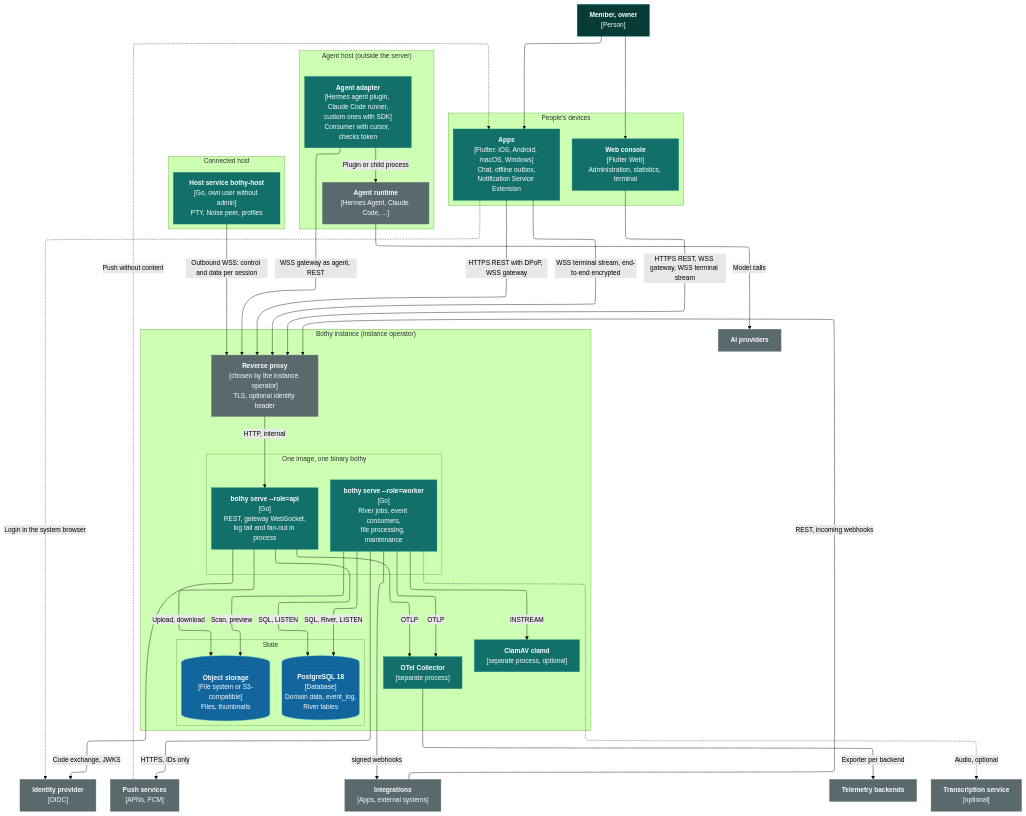
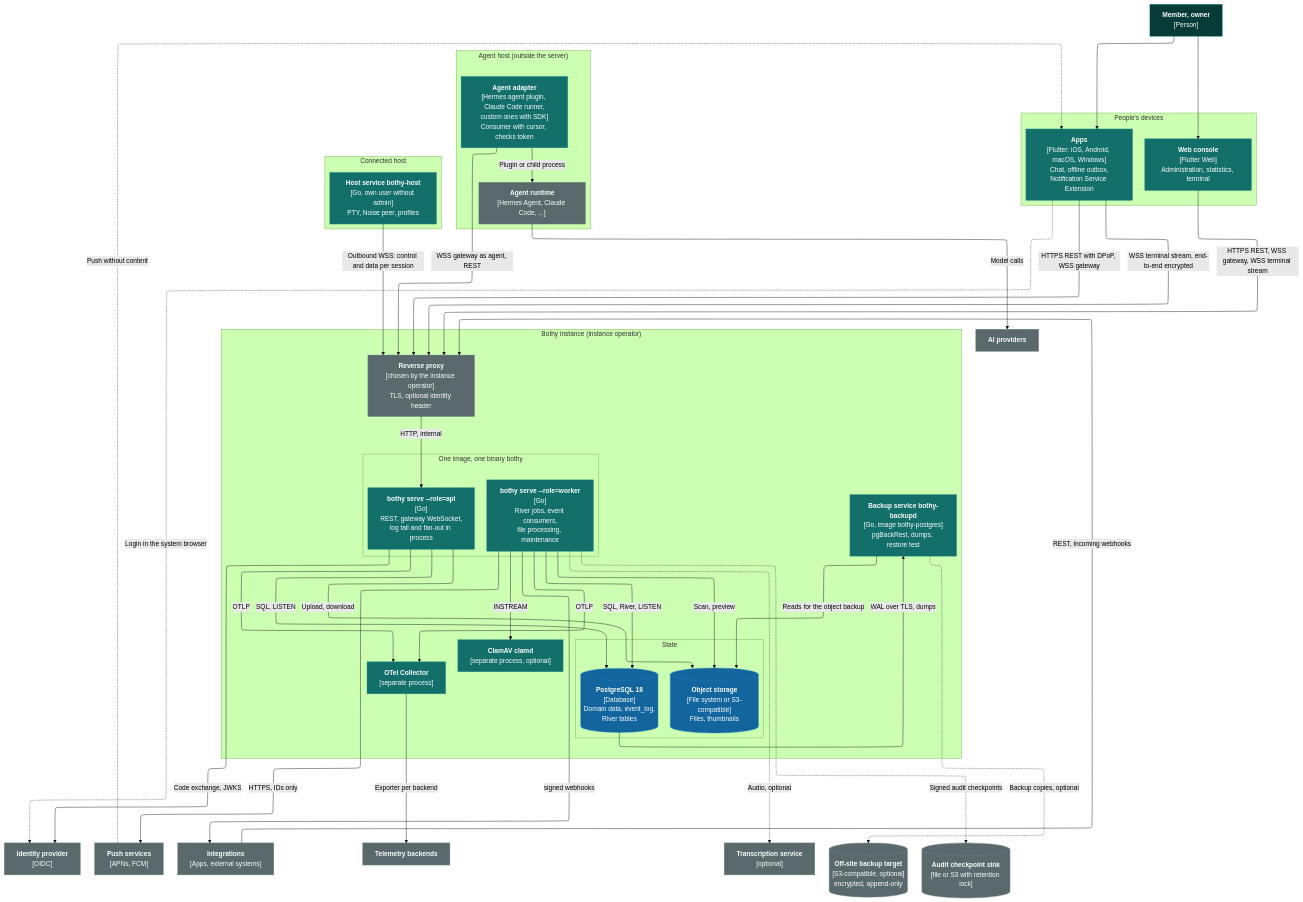
The diagram in docs/architecture/c4-2-container.mmd (mguttmann/bothy), drawn with Mermaid (forest theme) before and after one commit. The commit also changed 77 other files, not shown here.

```diff
--- a/docs/architecture/c4-2-container.mmd
+++ b/docs/architecture/c4-2-container.mmd
@@ -1,80 +1,87 @@
 ---
 config:
   layout: elk
 ---
 %% C4 level 2: containers. C4 notation as a Mermaid flowchart (see README).
 %% The secret source (file, env, later Key Vault) is not drawn: api and worker read it at
 %% start and on rotation (02-architecture.md, section Configuration loading).
 flowchart TB
   classDef person fill:#063b38,stroke:#1b8a83,color:#fbfeff
   classDef container fill:#136f69,stroke:#1b8a83,color:#fbfeff
   classDef store fill:#12659d,stroke:#197fc3,color:#fbfeff
   classDef ext fill:#59696c,stroke:#748486,color:#fbfeff
 
   member["<b>Member, owner</b><br/>[Person]"]:::person
 
   subgraph devices["People's devices"]
     direction LR
     apps["<b>Apps</b><br/>[Flutter: iOS, Android, macOS, Windows]<br/>Chat, offline outbox,<br/>Notification Service Extension"]:::container
     console["<b>Web console</b><br/>[Flutter Web]<br/>Administration, statistics, terminal"]:::container
   end
 
   subgraph agenthost["Agent host (outside the server)"]
     direction LR
     adapter["<b>Agent adapter</b><br/>[Hermes agent plugin, Claude Code runner,<br/>custom ones with SDK]<br/>Consumer with cursor, checks token"]:::container
     runtime["<b>Agent runtime</b><br/>[Hermes Agent, Claude Code, ...]"]:::ext
   end
 
   subgraph termhost["Connected host"]
     direction LR
     hostd["<b>Host service bothy-host</b><br/>[Go, own user without admin]<br/>PTY, Noise peer, profiles"]:::container
   end
 
   subgraph inst["Bothy instance (instance operator)"]
     proxy["<b>Reverse proxy</b><br/>[chosen by the instance operator]<br/>TLS, optional identity header"]:::ext
     subgraph bin["One image, one binary bothy"]
       direction LR
       api["<b>bothy serve --role=api</b><br/>[Go]<br/>REST, gateway WebSocket,<br/>log tail and fan-out in process"]:::container
       worker["<b>bothy serve --role=worker</b><br/>[Go]<br/>River jobs, event consumers,<br/>file processing, maintenance"]:::container
     end
     subgraph data["State"]
       direction LR
       pg[("<b>PostgreSQL 18</b><br/>[Database]<br/>Domain data, event_log,<br/>River tables")]:::store
       objects[("<b>Object storage</b><br/>[File system or S3-compatible]<br/>Files, thumbnails")]:::store
     end
+    backupd["<b>Backup service bothy-backupd</b><br/>[Go, image bothy-postgres]<br/>pgBackRest, dumps, restore test"]:::container
     clamd["<b>ClamAV clamd</b><br/>[separate process, optional]"]:::container
     otelcol["<b>OTel Collector</b><br/>[separate process]"]:::container
   end
 
   idp["<b>Identity provider</b><br/>[OIDC]"]:::ext
   pushsvc["<b>Push services</b><br/>[APNs, FCM]"]:::ext
   llm["<b>AI providers</b>"]:::ext
   integr["<b>Integrations</b><br/>[Apps, external systems]"]:::ext
   backends["<b>Telemetry backends</b>"]:::ext
   stt["<b>Transcription service</b><br/>[optional]"]:::ext
+  offsite[("<b>Off-site backup target</b><br/>[S3-compatible, optional]<br/>encrypted, append-only")]:::ext
+  sink[("<b>Audit checkpoint sink</b><br/>[file or S3 with retention lock]")]:::ext
 
   member --> apps
   member --> console
   apps -->|"HTTPS REST with DPoP, WSS gateway"| proxy
   console -->|"HTTPS REST, WSS gateway, WSS terminal stream"| proxy
   adapter -->|"WSS gateway as agent, REST"| proxy
   integr -->|"REST, incoming webhooks"| proxy
   hostd -->|"Outbound WSS: control and data per session"| proxy
   apps -->|"WSS terminal stream, end-to-end encrypted"| proxy
   apps -.->|"Login in the system browser"| idp
   adapter -->|"Plugin or child process"| runtime
   runtime -->|"Model calls"| llm
   proxy -->|"HTTP, internal"| api
   api -->|"SQL, LISTEN"| pg
   worker -->|"SQL, River, LISTEN"| pg
   api -->|"Upload, download"| objects
   worker -->|"Scan, preview"| objects
   worker -->|"INSTREAM"| clamd
   api -->|"Code exchange, JWKS"| idp
   worker -->|"HTTPS, IDs only"| pushsvc
   pushsvc -.->|"Push without content"| apps
   worker -->|"signed webhooks"| integr
   worker -.->|"Audio, optional"| stt
   api -->|"OTLP"| otelcol
   worker -->|"OTLP"| otelcol
   otelcol -->|"Exporter per backend"| backends
+  pg -->|"WAL over TLS, dumps"| backupd
+  backupd -->|"Reads for the object backup"| objects
+  backupd -.->|"Backup copies, optional"| offsite
+  worker -.->|"Signed audit checkpoints"| sink
```
